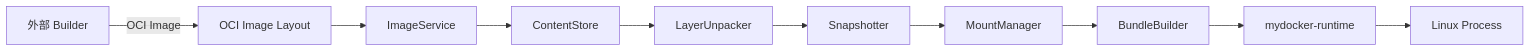
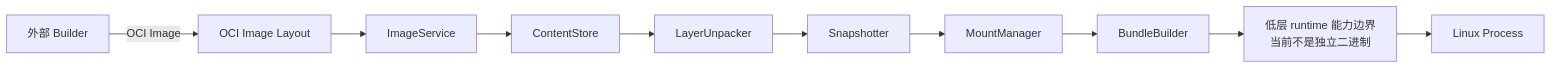
The third of 5 diagrams in docs/architecture.md (cont1nu1ty/mydocker), drawn with Mermaid before and after one commit. The commit also changed other lines of this file and 75 other files, not shown here.

````diff
--- a/docs/architecture.md
+++ b/docs/architecture.md
@@ -95,12 +159,12 @@
 ```mermaid
 flowchart LR
     Builder[外部 Builder] -->|OCI Image| Layout[OCI Image Layout]
     Layout --> ImageService
     ImageService --> ContentStore
     ContentStore --> LayerUnpacker
     LayerUnpacker --> Snapshotter
     Snapshotter --> MountManager
     MountManager --> BundleBuilder
-    BundleBuilder --> Runtime[mydocker-runtime]
+    BundleBuilder --> Runtime[低层 runtime 能力边界<br/>当前不是独立二进制]
     Runtime --> Process[Linux Process]
 ```
````
